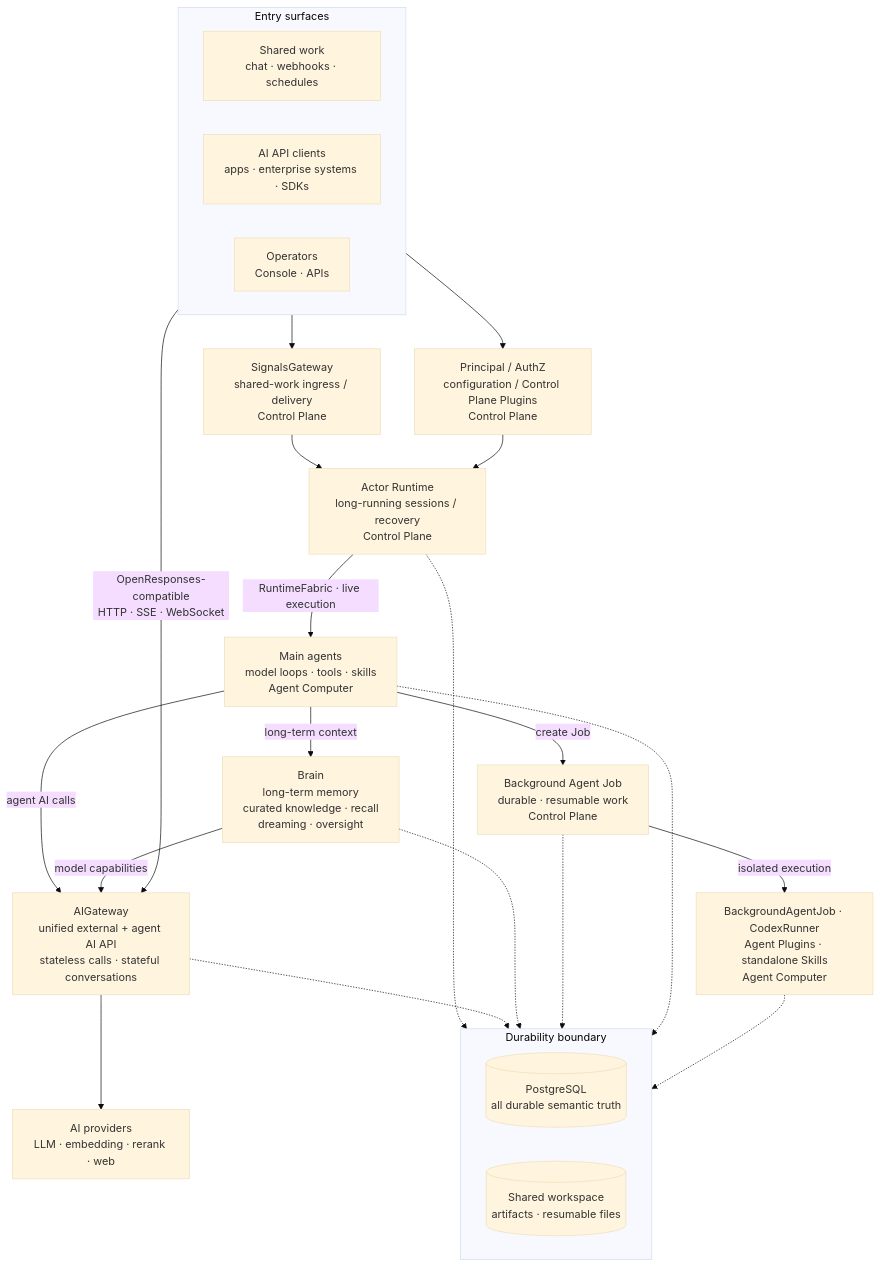
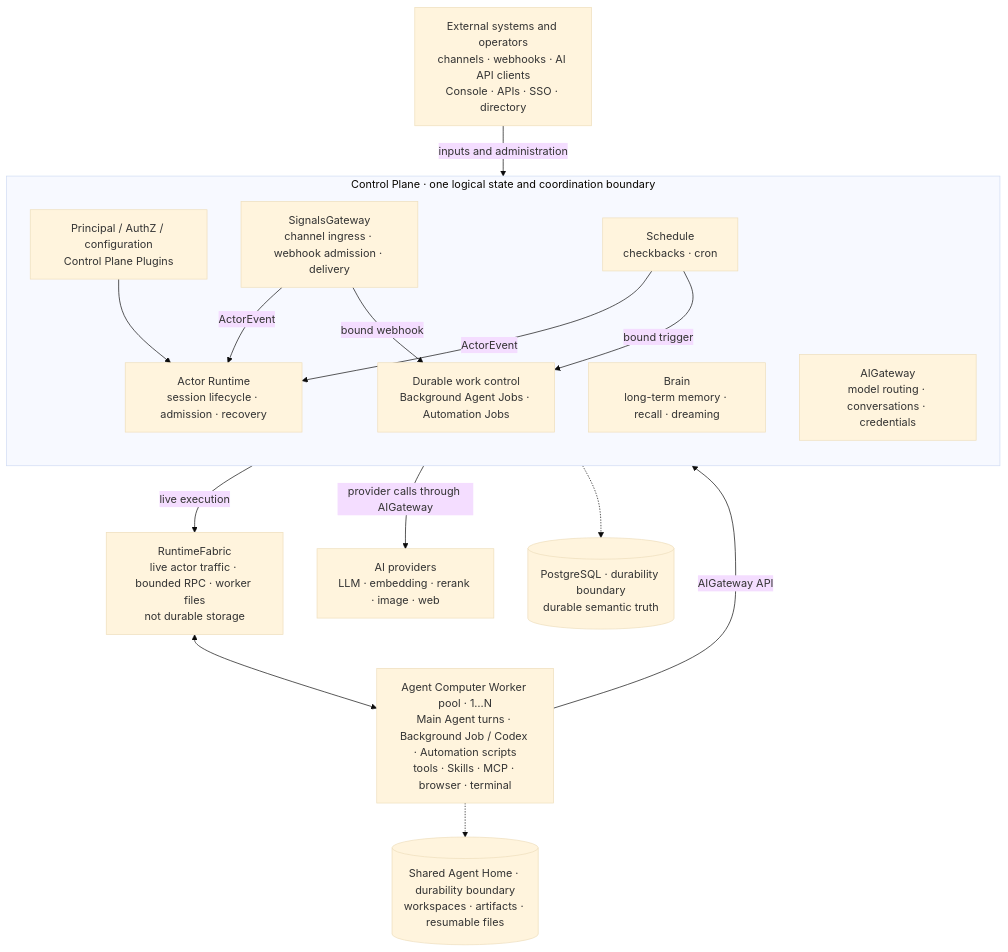
The diagram in README.md (AgentBull/ankole), drawn with Mermaid (base theme) before and after one commit. The commit also changed other lines of this file and 184 other files, not shown here.

First line of the commit message:
feat: Implement OCR functionality and automation job support

````diff
--- a/README.md
+++ b/README.md
@@ -84,43 +86,35 @@
 ```mermaid
 flowchart TB
-  subgraph Entry["Entry surfaces"]
-    direction LR
-    Work["Shared work<br/>chat · webhooks · schedules"]
-    Clients["AI API clients<br/>apps · enterprise systems · SDKs"]
-    Ops["Operators<br/>Console · APIs"]
+  External["External systems and operators<br/>channels · webhooks · AI API clients<br/>Console · APIs · SSO · directory"]
+
+  subgraph Control["Control Plane · one logical state and coordination boundary"]
+    direction TB
+    Platform["Principal / AuthZ / configuration<br/>Control Plane Plugins"]
+    SG["SignalsGateway<br/>channel ingress · webhook admission · delivery"]
+    Schedule["Schedule<br/>checkbacks · cron"]
+    Runtime["Actor Runtime<br/>session lifecycle · admission · recovery"]
+    Jobs["Durable work control<br/>Background Agent Jobs · Automation Jobs"]
+    Brain["Brain<br/>long-term memory · recall · dreaming"]
+    AI["AIGateway<br/>model routing · conversations · credentials"]
   end
 
-  SG["SignalsGateway<br/>shared-work ingress / delivery<br/>Control Plane"]
-  Platform["Principal / AuthZ<br/>configuration / Control Plane Plugins<br/>Control Plane"]
-  Runtime["Actor Runtime<br/>long-running sessions / recovery<br/>Control Plane"]
-  Main["Main agents<br/>model loops · tools · skills<br/>Agent Computer"]
-  Brain["Brain<br/>long-term memory<br/>curated knowledge · recall<br/>dreaming · oversight"]
-  Delegate["Background Agent Job<br/>durable · resumable work<br/>Control Plane"]
-  AI["AIGateway<br/>unified external + agent AI API<br/>stateless calls · stateful conversations"]
-  Task["BackgroundAgentJob · CodexRunner<br/>Agent Plugins · standalone Skills<br/>Agent Computer"]
-  Providers["AI providers<br/>LLM · embedding · rerank · web"]
+  Fabric["RuntimeFabric<br/>live actor traffic · bounded RPC · worker files<br/>not durable storage"]
+  Workers["Agent Computer Worker pool · 1…N<br/>Main Agent turns · Background Job / Codex · Automation scripts<br/>tools · Skills · MCP · browser · terminal"]
+  Providers["AI providers<br/>LLM · embedding · rerank · image · web"]
 
-  subgraph Storage["Durability boundary"]
-    direction LR
-    PG[("PostgreSQL<br/>all durable semantic truth")]
-    Workspace[("Shared workspace<br/>artifacts · resumable files")]
-  end
+  PG[("PostgreSQL · durability boundary<br/>durable semantic truth")]
+  Home[("Shared Agent Home · durability boundary<br/>workspaces · artifacts · resumable files")]
 
-  Work --> SG --> Runtime
-  Ops --> Platform --> Runtime
-  Runtime -->|"RuntimeFabric · live execution"| Main
-  Clients -->|"OpenResponses-compatible<br/>HTTP · SSE · WebSocket"| AI
-  Main -->|"agent AI calls"| AI
-  Main -->|"long-term context"| Brain
-  Brain -->|"model capabilities"| AI
-  Main -->|"create Job"| Delegate
-  Delegate -->|"isolated execution"| Task
-  AI --> Providers
-
-  Runtime -.-> PG
-  AI -.-> PG
-  Brain -.-> PG
-  Delegate -.-> PG
-  Main -.-> Workspace
-  Task -.-> Workspace
+  External -->|"inputs and administration"| Control
+  SG -->|"ActorEvent"| Runtime
+  Schedule -->|"ActorEvent"| Runtime
+  SG -->|"bound webhook"| Jobs
+  Schedule -->|"bound trigger"| Jobs
+  Platform --> Runtime
+  Control -->|"live execution"| Fabric
+  Fabric <--> Workers
+  Workers -->|"AIGateway API"| Control
+  Control -->|"provider calls through AIGateway"| Providers
+  Control -.-> PG
+  Workers -.-> Home
 ```
````
